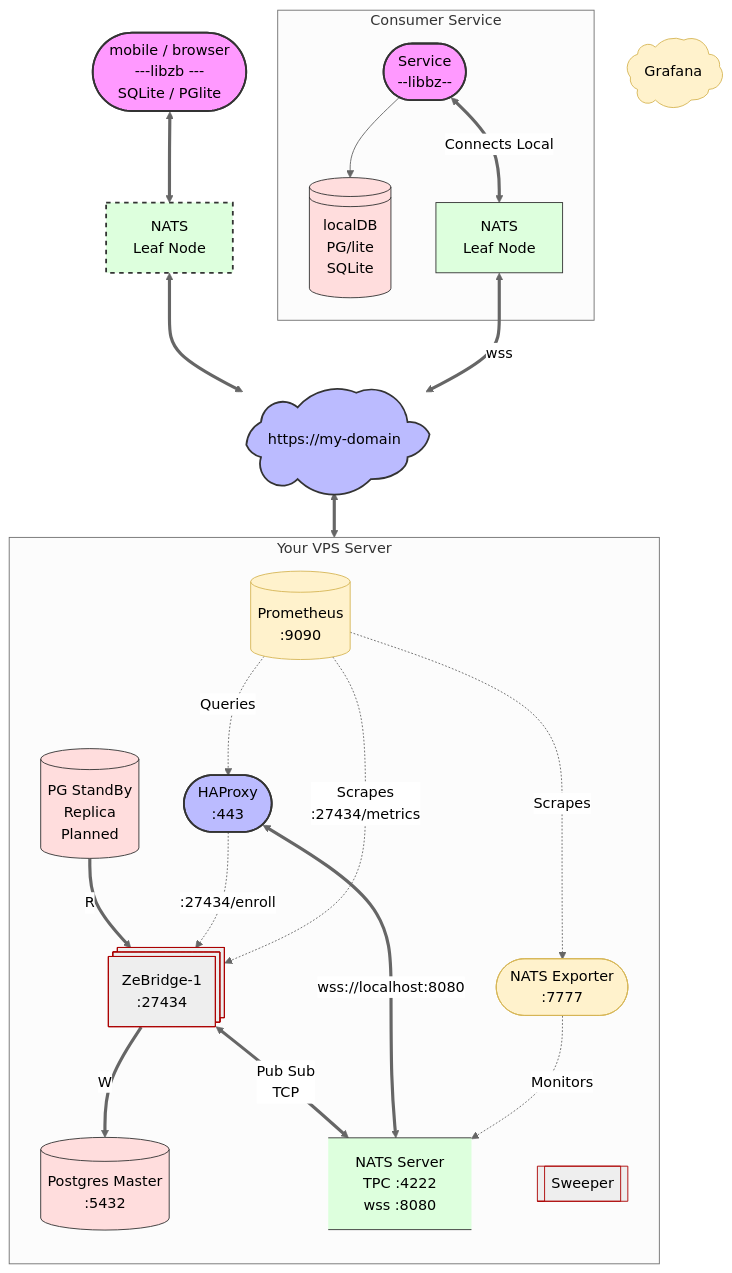
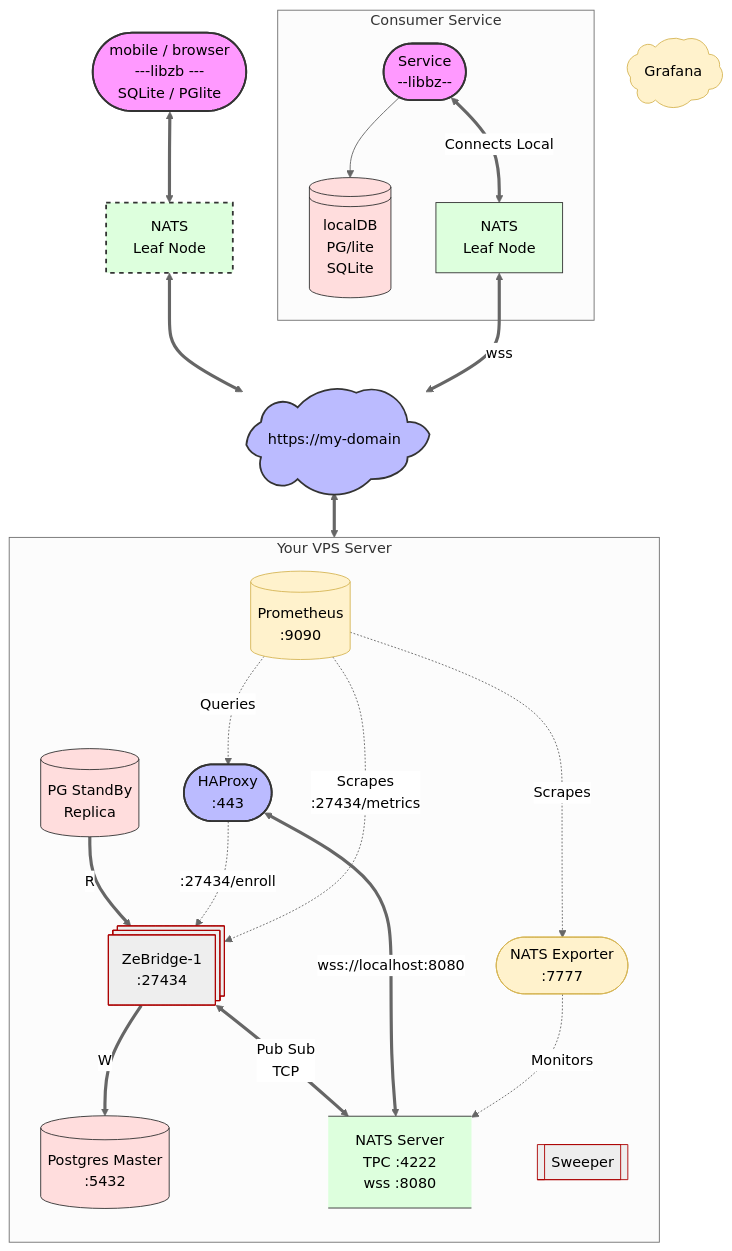
Before and after one commit to ndrean/ZeBridge: the second of 3 diagrams in README.md, drawn with Mermaid (neutral theme). The commit also changed other lines of this file and 11 other files, not shown here.

````diff
--- a/README.md
+++ b/README.md
@@ -137,80 +146,80 @@
 ```mermaid
 
 graph TD
     %% Styling and Definitions
     classDef external fill:#f9f,stroke:#333,stroke-width:2px;
     classDef proxy fill:#bbf,stroke:#333,stroke-width:2px;
     classDef internal fill:#dfd,stroke:#333,stroke-width:1px;
     classDef secure fill:#fdd,stroke:#333,stroke-width:1px;
     classDef telemetry fill:#fff2cc,stroke:#d6b656,stroke-width:1px;
     classDef bridge fill:##bdf3ff,stroke:#ac0100,stroke-with:2px;
     classDef maybe_external fill:#dfd,stroke:#333,stroke-width:2px,stroke-dasharray: 5 5;
 
     %% External Clients
     User([mobile / browser <br> ---libzb --- <br>SQLite / PGlite]):::external
     LocalDB[(localDB <br>PG/lite<br>SQLite)]:::secure
     LocalDB@{shape: lin-cyl}
     RemoteLeaf[NATS<br>Leaf Node]:::internal
     RemoteLeaf2[NATS<br>Leaf Node]:::maybe_external
     Consumer([Service <br> --libbz--]):::external
     Grafana([Grafana]):::telemetry
     Grafana@{ shape: cloud}
 
 
     %% Cloudflare Edge
     %% subgraph Cloudflare_Network  [Cloudflare Edge Proxy]
         CF([https://my-domain]):::proxy
         CF@{ shape: cloud}
     %% end 
 
     %% VPS Boundary
     subgraph VPS [Your VPS Server]
         direction TB
         
         HA([HAProxy<br>:443]):::proxy
         %% Internal Apps
         Prom[(Prometheus<br> :9090)]:::telemetry
         NatsExp([NATS Exporter<br>:7777]):::telemetry
-        PGREP[(PG StandBy<br>Replica<br>Planned)]:::secure
+        PGREP[(PG StandBy<br>Replica)]:::secure
         Bridge[[ZeBridge-1<br> :27434]]:::bridge
         Bridge@{shape: st-rect}
         PG[(Postgres Master <br> :5432)]:::secure
         NATS[NATS Server<br> TPC :4222 <br> wss :8080]:::internal
         NATS@{shape: data-store}
         
         %% Telemetry & Monitoring Stack
         
         Sweeper[[Sweeper]]:::bridge
     end
 
     subgraph Consumer Service
       Consumer
       LocalDB
       RemoteLeaf
     end
     %% External Connections to Cloudflare
     User <==>RemoteLeaf2
     RemoteLeaf2 <==>CF
     RemoteLeaf <==>|wss| CF
     Consumer <==>|Connects Local| RemoteLeaf
     Consumer -->LocalDB
 
     %% Cloudflare to HAProxy Subdomain Routing
     CF <==> HA
 
 
     %% Internal Component Dependencies
     PGREP ==>|R|Bridge
     Bridge ==>|W| PG
     Bridge <==>|Pub Sub  <br> TCP| NATS
     
     %% HAProxy Internal Layer 7 Routing
     HA -.->|:27434/enroll| Bridge
     HA <==>|wss://localhost:8080| NATS
 
     %% Telemetry Data Flow
     Prom -.-> |Queries| HA
     Prom -.->|Scrapes| NatsExp
     Prom -.->|Scrapes<br>:27434/metrics| Bridge
     NatsExp -.->|Monitors| NATS
 ```
````
